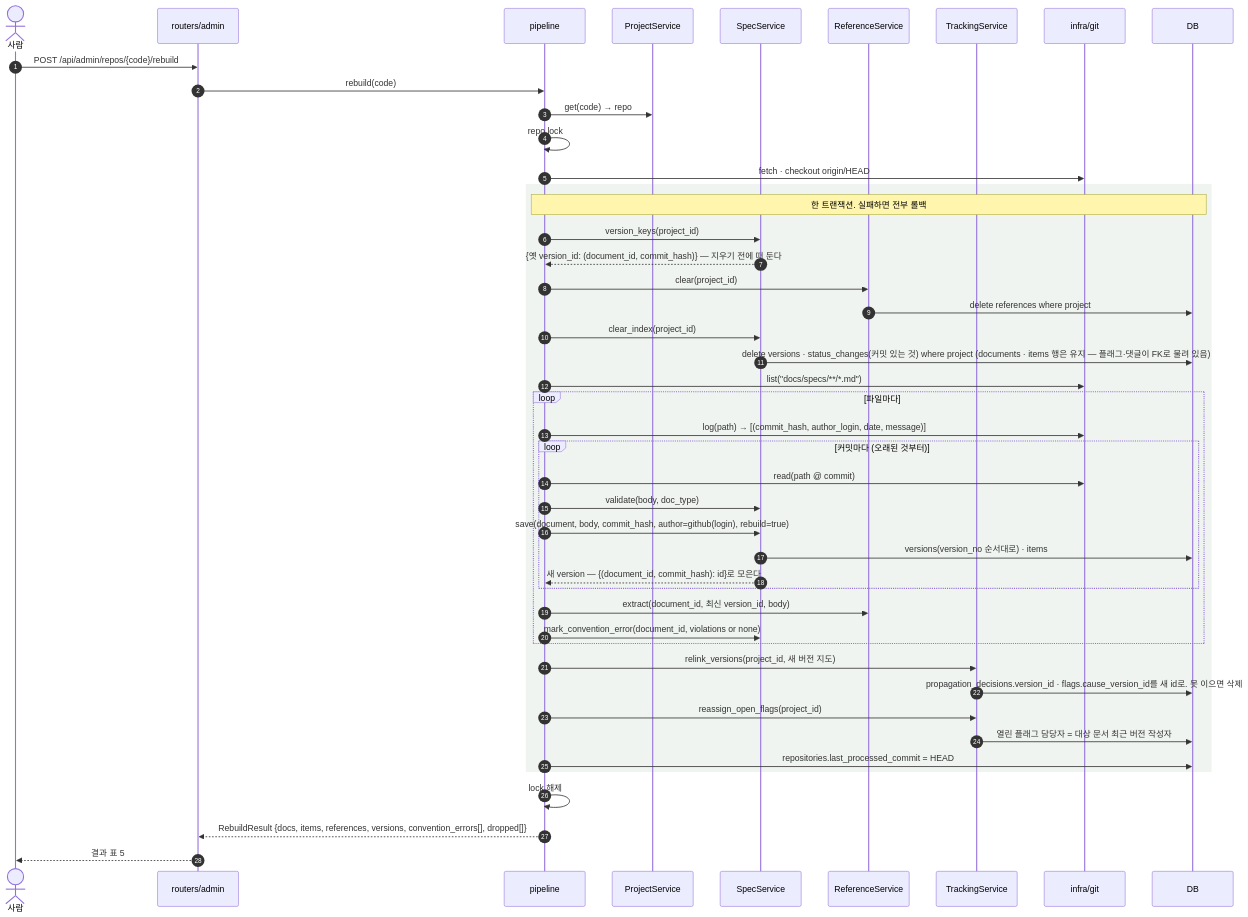
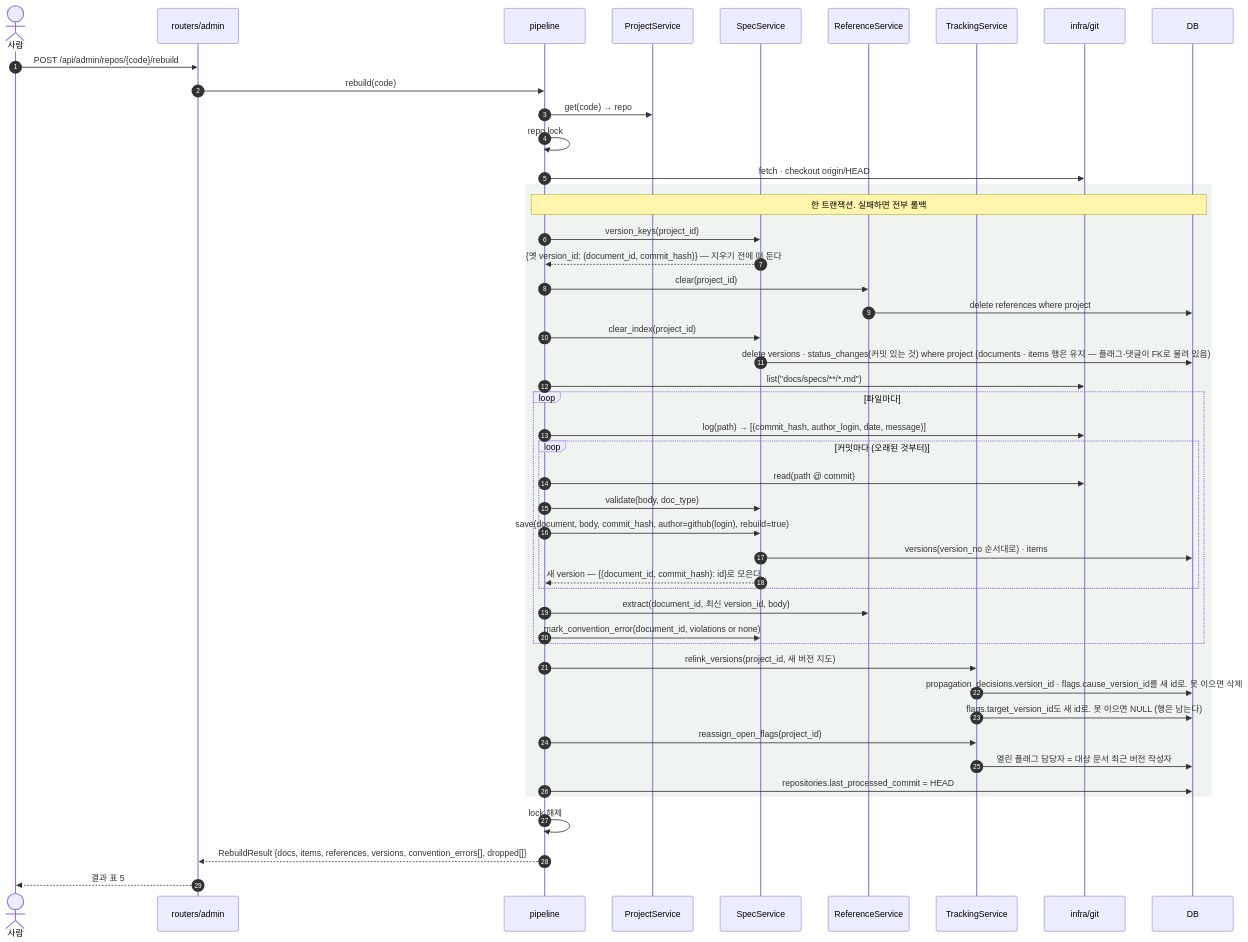
Before and after one commit to HoyoungParkme/syncdoc: diagram 21 of 23 in docs/specs/09-SEQ/SYNC-SEQ-001.md, drawn with Mermaid. The commit also changed other lines of this file and 4 other files, not shown here.

````diff
--- a/docs/specs/09-SEQ/SYNC-SEQ-001.md
+++ b/docs/specs/09-SEQ/SYNC-SEQ-001.md
@@ -1024,49 +1024,50 @@
 ```mermaid
 sequenceDiagram
     autonumber
     actor U as 사람
     participant RA as routers/admin
     participant P as pipeline
     participant PS as ProjectService
     participant S as SpecService
     participant R as ReferenceService
     participant T as TrackingService
     participant G as infra/git
     participant DB
 
     U->>RA: POST /api/admin/repos/{code}/rebuild
     RA->>P: rebuild(code)
     P->>PS: get(code) → repo
     P->>P: repo lock
     P->>G: fetch · checkout origin/HEAD
     rect rgb(240,244,240)
         Note over P,DB: 한 트랜잭션. 실패하면 전부 롤백
         P->>S: version_keys(project_id)
         S-->>P: {옛 version_id: (document_id, commit_hash)} — 지우기 전에 떠 둔다
         P->>R: clear(project_id)
         R->>DB: delete references where project
         P->>S: clear_index(project_id)
         S->>DB: delete versions · status_changes(커밋 있는 것) where project (documents · items 행은 유지 — 플래그·댓글이 FK로 물려 있음)
         P->>G: list("docs/specs/**/*.md")
         loop 파일마다
             P->>G: log(path) → [(commit_hash, author_login, date, message)]
             loop 커밋마다 (오래된 것부터)
                 P->>G: read(path @ commit)
                 P->>S: validate(body, doc_type)
                 P->>S: save(document, body, commit_hash, author=github(login), rebuild=true)
                 S->>DB: versions(version_no 순서대로) · items
                 S-->>P: 새 version — {(document_id, commit_hash): id}로 모은다
             end
             P->>R: extract(document_id, 최신 version_id, body)
             P->>S: mark_convention_error(document_id, violations or none)
         end
         P->>T: relink_versions(project_id, 새 버전 지도)
         T->>DB: propagation_decisions.version_id · flags.cause_version_id를 새 id로. 못 이으면 삭제
+        T->>DB: flags.target_version_id도 새 id로. 못 이으면 NULL (행은 남는다)
         P->>T: reassign_open_flags(project_id)
         T->>DB: 열린 플래그 담당자 = 대상 문서 최근 버전 작성자
         P->>DB: repositories.last_processed_commit = HEAD
     end
     P->>P: lock 해제
     P-->>RA: RebuildResult {docs, items, references, versions, convention_errors[], dropped[]}
     RA-->>U: 결과 표 5
 ```
````
